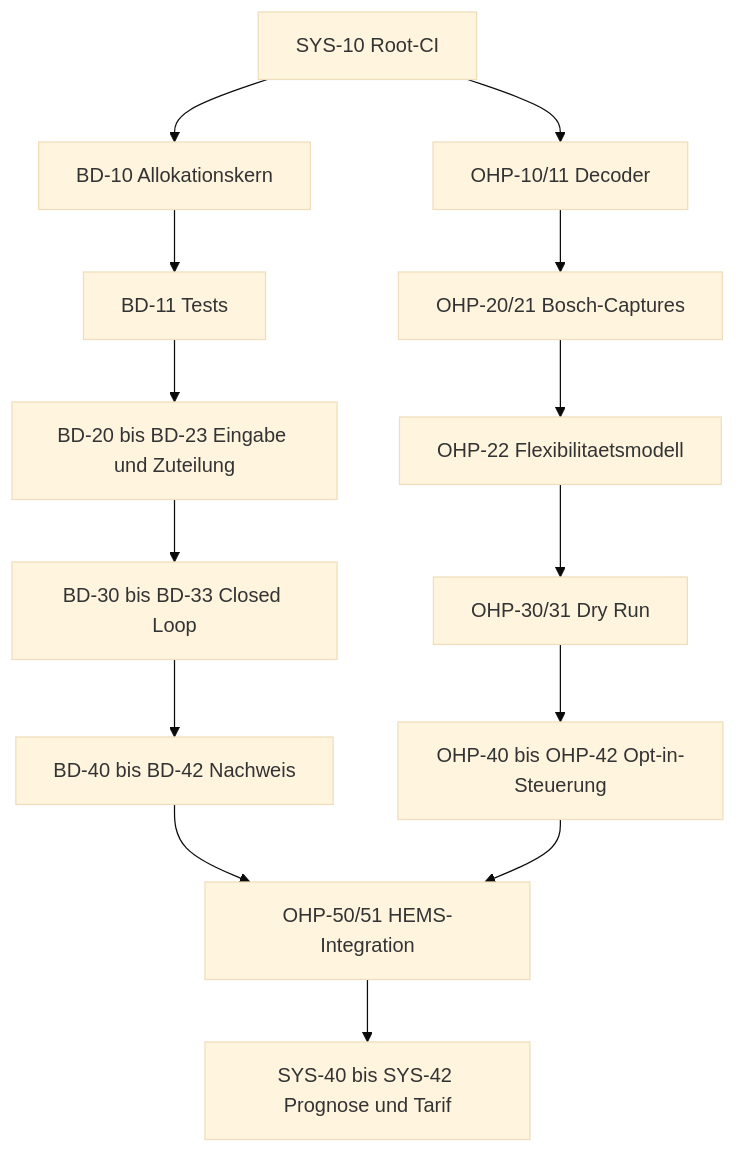
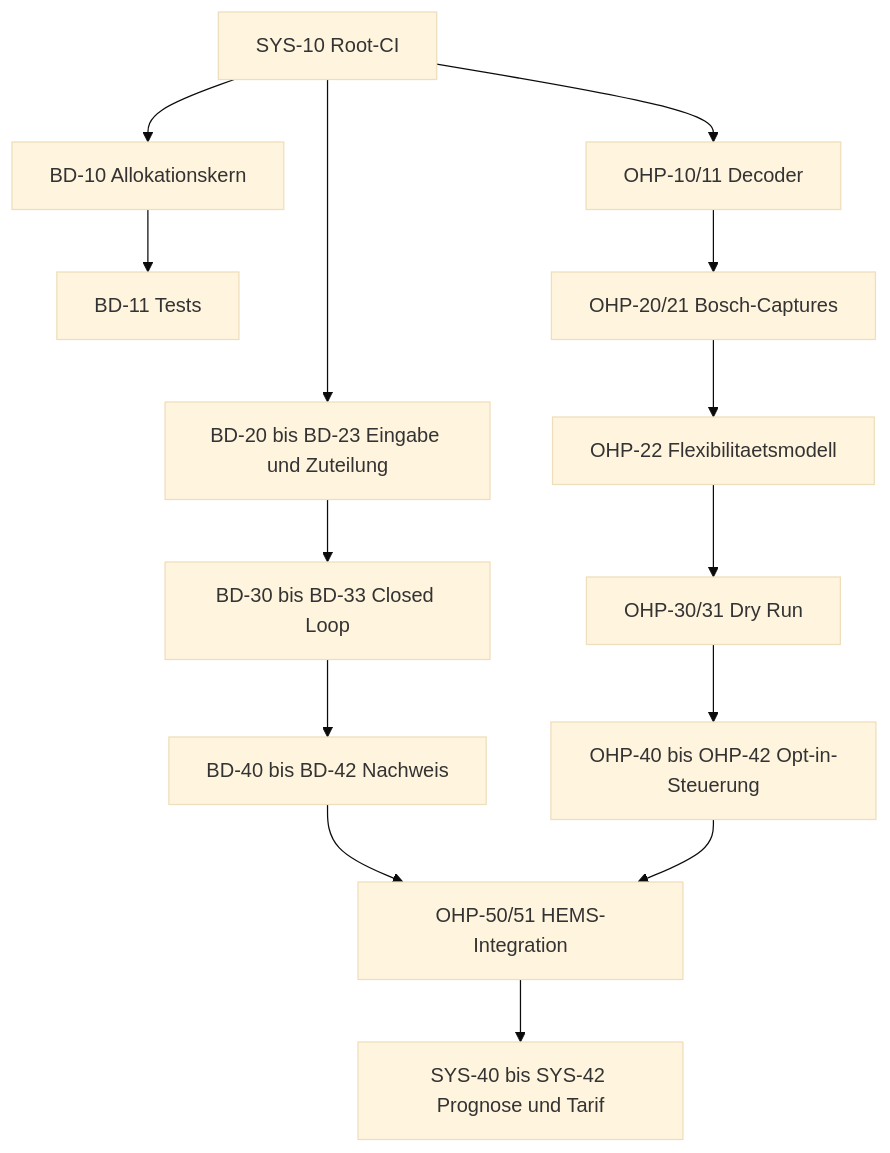
Before and after one commit to bgewehr/esphome-hems: the diagram in TODO.md, drawn with Mermaid (base theme). The commit also changed other lines of this file and 7 other files, not shown here.

````diff
--- a/TODO.md
+++ b/TODO.md
@@ -110,18 +138,18 @@
 ```mermaid
 flowchart TD
     SYS10[SYS-10 Root-CI] --> BD10[BD-10 Allokationskern]
     BD10 --> BD11[BD-11 Tests]
-    BD11 --> BD20[BD-20 bis BD-23 Eingabe und Zuteilung]
+  SYS10 --> BD20[BD-20 bis BD-23 Eingabe und Zuteilung]
     BD20 --> BD30[BD-30 bis BD-33 Closed Loop]
     BD30 --> BD40[BD-40 bis BD-42 Nachweis]
 
     SYS10 --> OHP10[OHP-10/11 Decoder]
     OHP10 --> OHP20[OHP-20/21 Bosch-Captures]
     OHP20 --> OHP22[OHP-22 Flexibilitaetsmodell]
     OHP22 --> OHP30[OHP-30/31 Dry Run]
     OHP30 --> OHP40[OHP-40 bis OHP-42 Opt-in-Steuerung]
     BD40 --> OHP50[OHP-50/51 HEMS-Integration]
     OHP40 --> OHP50
 
     OHP50 --> SYS40[SYS-40 bis SYS-42 Prognose und Tarif]
 ```
````
